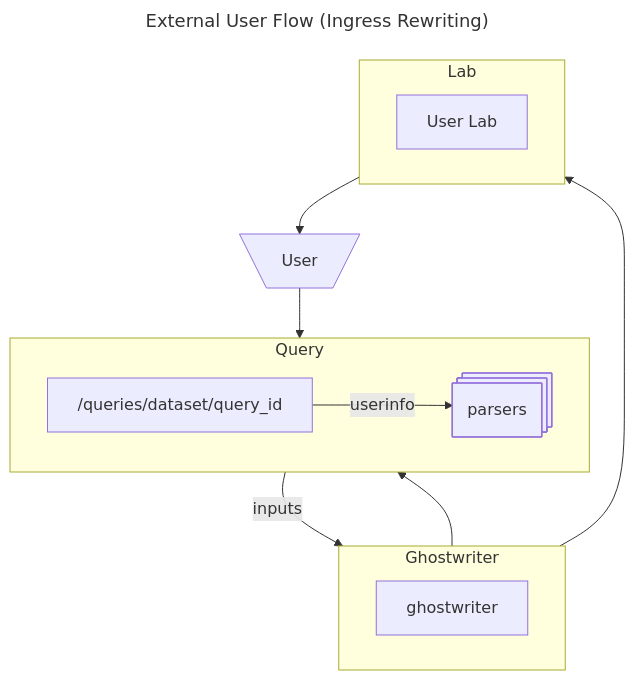
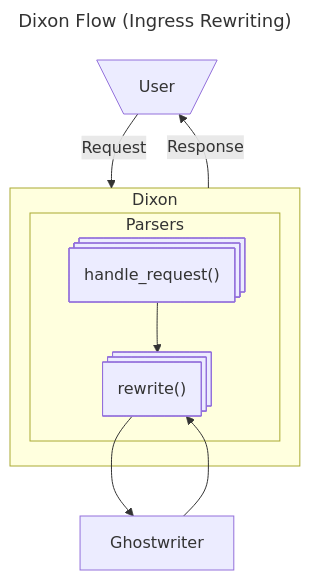
One commit to lsst-sqre/sqr-110 changed the fifth of 5 diagrams in index.md. Above: the diagram before and after it, drawn with Mermaid. The commit also changed other lines of this file, not shown here.

Commit message:
Split Ghostwriter and Dixon

````diff
--- a/index.md
+++ b/index.md
@@ -348,25 +503,26 @@
 ```mermaid
 ---
-title: External User Flow (Ingress Rewriting)
+
+title: Dixon Flow (Ingress Rewriting)
 ---
 
 graph TB
   user@{ shape: trap-t, label: "User" }
-  subgraph Query
-    direction LR
-    query@{ shape: rect, label: "/queries/dataset/query_id" }-->|userinfo|parsers@{ shape: st-rect }
+
+  subgraph Dixon
+    subgraph Parsers
+      handle_request@{ label: "handle_request()", shape: st-rect }
+      rewrite@{ label: "rewrite()", shape: st-rect }
+    end
   end
-  subgraph Ghostwriter
-    direction LR
-    parsers-->|inputs|ghostwriter
-  end
-  subgraph Lab
-    direction LR
-    lab@{ shape: rect, label: "User Lab"}
-  end
-  ghostwriter-->parsers
-  ghostwriter-->lab
-  user-->query
-  lab-->user
+  
+  Ghostwriter
+  
+  handle_request --> rewrite
+  rewrite --> Ghostwriter
+  Ghostwriter --> rewrite
+  
+  user -->|Request|Dixon
+  Dixon -->|Response|user
 
 ```
````
